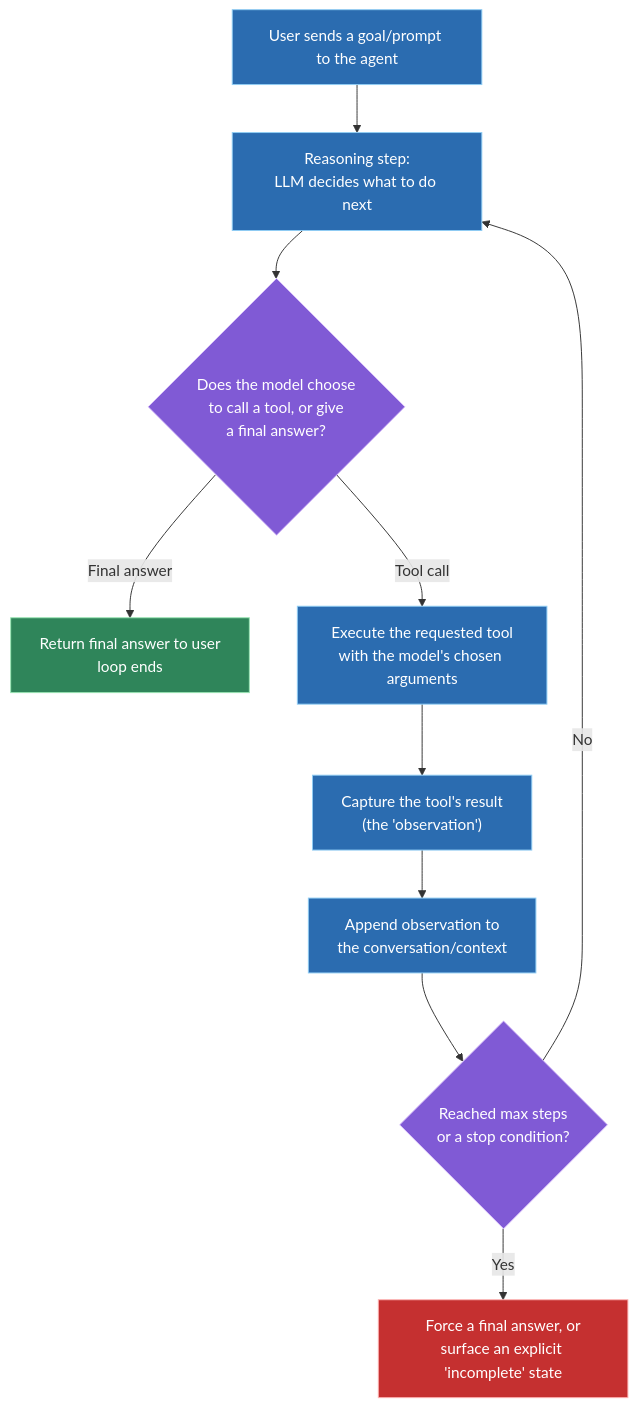
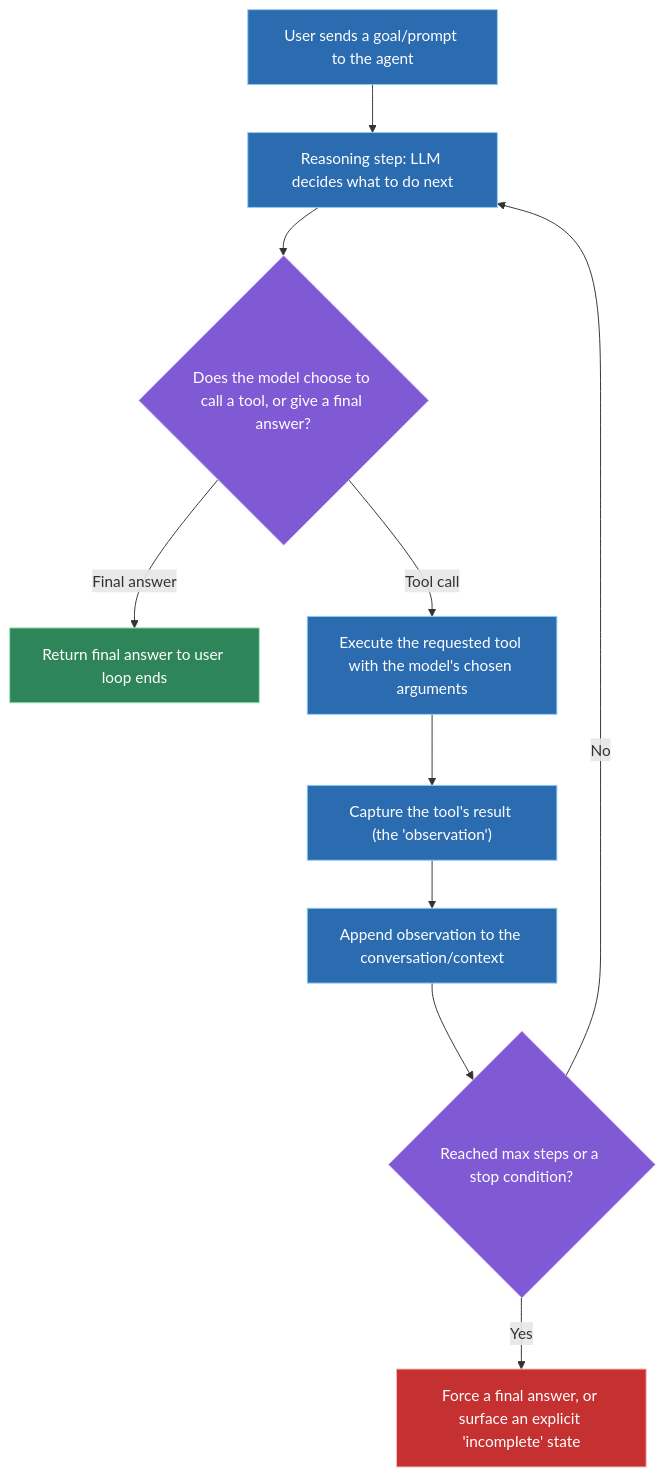
Before and after one commit to vinayakhumberi/litmus: the first of 2 diagrams in data/topics/agentic-ui-patterns.md, drawn with Mermaid. The commit also changed 68 other files, not shown here.

````diff
--- a/data/topics/agentic-ui-patterns.md
+++ b/data/topics/agentic-ui-patterns.md
@@ -130,22 +130,22 @@
 ```mermaid
 graph TD
-    A["User sends a goal/prompt to the agent"] --> B["Reasoning step:<br>LLM decides what to do next"]
-    B --> C{"Does the model choose<br>to call a tool, or give<br>a final answer?"}
-    C -- "Final answer" --> D["Return final answer to user<br>loop ends"]
-    C -- "Tool call" --> E["Execute the requested tool<br>with the model's chosen arguments"]
-    E --> F["Capture the tool's result<br>(the 'observation')"]
-    F --> G["Append observation to<br>the conversation/context"]
-    G --> H{"Reached max steps<br>or a stop condition?"}
+    A["User sends a goal/prompt to the agent"] --> B["Reasoning step: LLM decides what to do next"]
+    B --> C{"Does the model choose to call a tool, or give a final answer?"}
+    C -- "Final answer" --> D["Return final answer to user loop ends"]
+    C -- "Tool call" --> E["Execute the requested tool with the model's chosen arguments"]
+    E --> F["Capture the tool's result (the 'observation')"]
+    F --> G["Append observation to the conversation/context"]
+    G --> H{"Reached max steps or a stop condition?"}
     H -- "No" --> B
-    H -- "Yes" --> I["Force a final answer, or<br>surface an explicit 'incomplete' state"]
+    H -- "Yes" --> I["Force a final answer, or surface an explicit 'incomplete' state"]
 
     classDef decision fill:#805ad5,stroke:#d6bcfa,color:#fff
     classDef action fill:#2b6cb0,stroke:#90cdf4,color:#fff
     classDef done fill:#2f855a,stroke:#9ae6b4,color:#fff
     classDef stop fill:#c53030,stroke:#feb2b2,color:#fff
 
     class C,H decision
     class A,B,E,F,G action
     class D done
     class I stop
 ```
````
